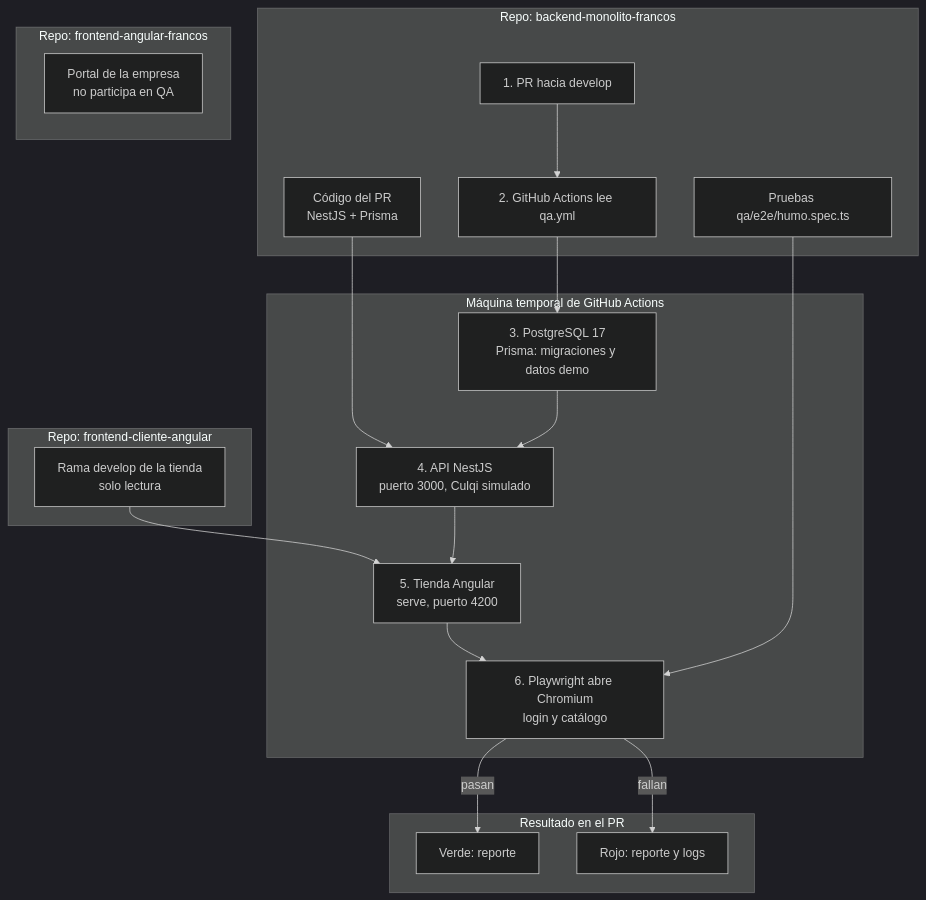
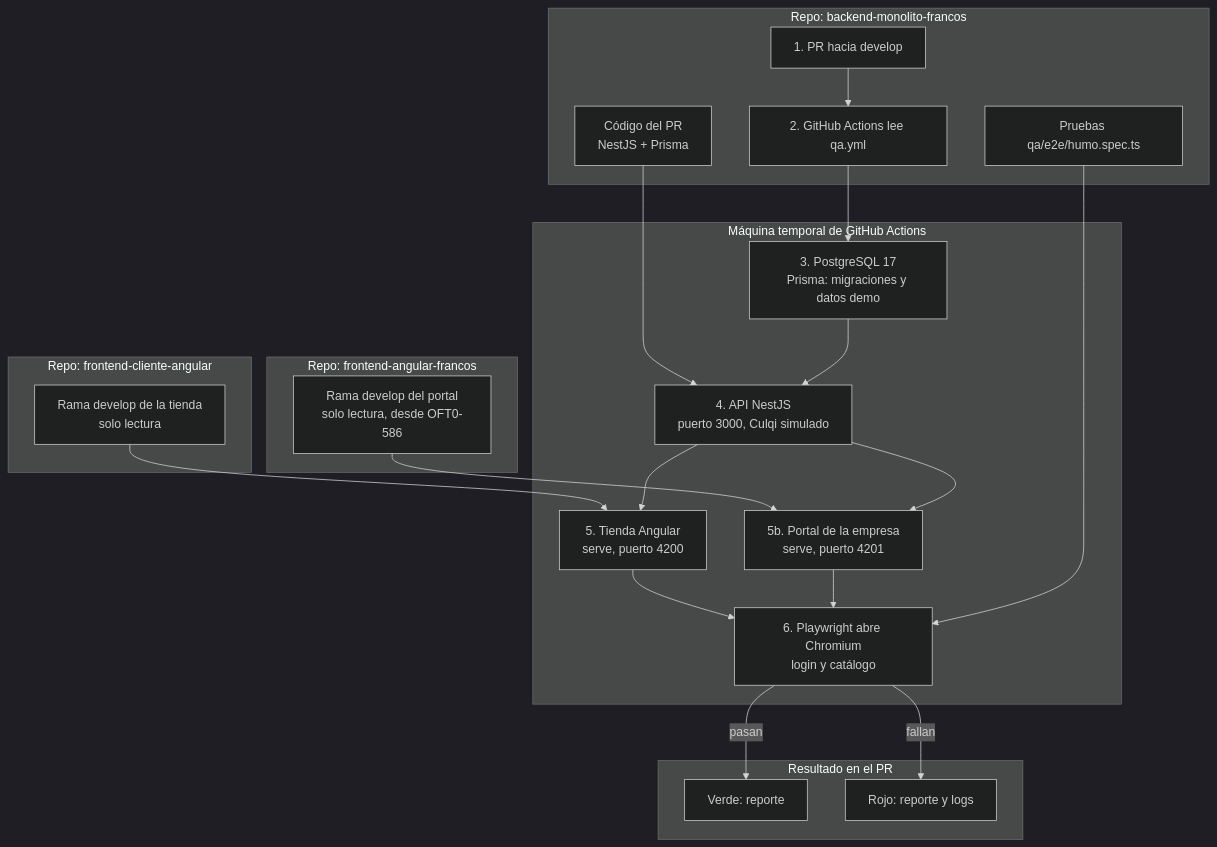
Before and after one commit to marksato13/francos-dev-workspace: the diagram in context/qa.md, drawn with Mermaid (dark theme). The commit also changed other lines of this file and 3 other files, not shown here.

Commit message:
docs: OFT0-586 QA del portal de la empresa en revision

````diff
--- a/context/qa.md
+++ b/context/qa.md
@@ -12,40 +12,44 @@
 ```mermaid
 flowchart TD
   subgraph R1["Repo: backend-monolito-francos"]
     PR["1. PR hacia develop"]
     QA["2. GitHub Actions lee qa.yml"]
     SRC["Código del PR<br/>NestJS + Prisma"]
     SPEC["Pruebas qa/e2e/humo.spec.ts"]
   end
 
   subgraph R2["Repo: frontend-cliente-angular"]
     TD["Rama develop de la tienda<br/>solo lectura"]
   end
 
   subgraph R3["Repo: frontend-angular-francos"]
-    PE["Portal de la empresa<br/>no participa en QA"]
+    PE["Rama develop del portal<br/>solo lectura, desde OFT0-586"]
   end
 
   subgraph RUN["Máquina temporal de GitHub Actions"]
     DB["3. PostgreSQL 17<br/>Prisma: migraciones y datos demo"]
     API["4. API NestJS<br/>puerto 3000, Culqi simulado"]
     WEB["5. Tienda Angular<br/>serve, puerto 4200"]
+    POR["5b. Portal de la empresa<br/>serve, puerto 4201"]
     PW["6. Playwright abre Chromium<br/>login y catálogo"]
   end
 
   subgraph OUT["Resultado en el PR"]
     OK["Verde: reporte"]
     KO["Rojo: reporte y logs"]
   end
 
   PR --> QA
   QA --> DB
   SRC --> API
   DB --> API
   TD --> WEB
   API --> WEB
+  PE --> POR
+  API --> POR
   WEB --> PW
+  POR --> PW
   SPEC --> PW
   PW -- "pasan" --> OK
   PW -- "fallan" --> KO
 ```
````
